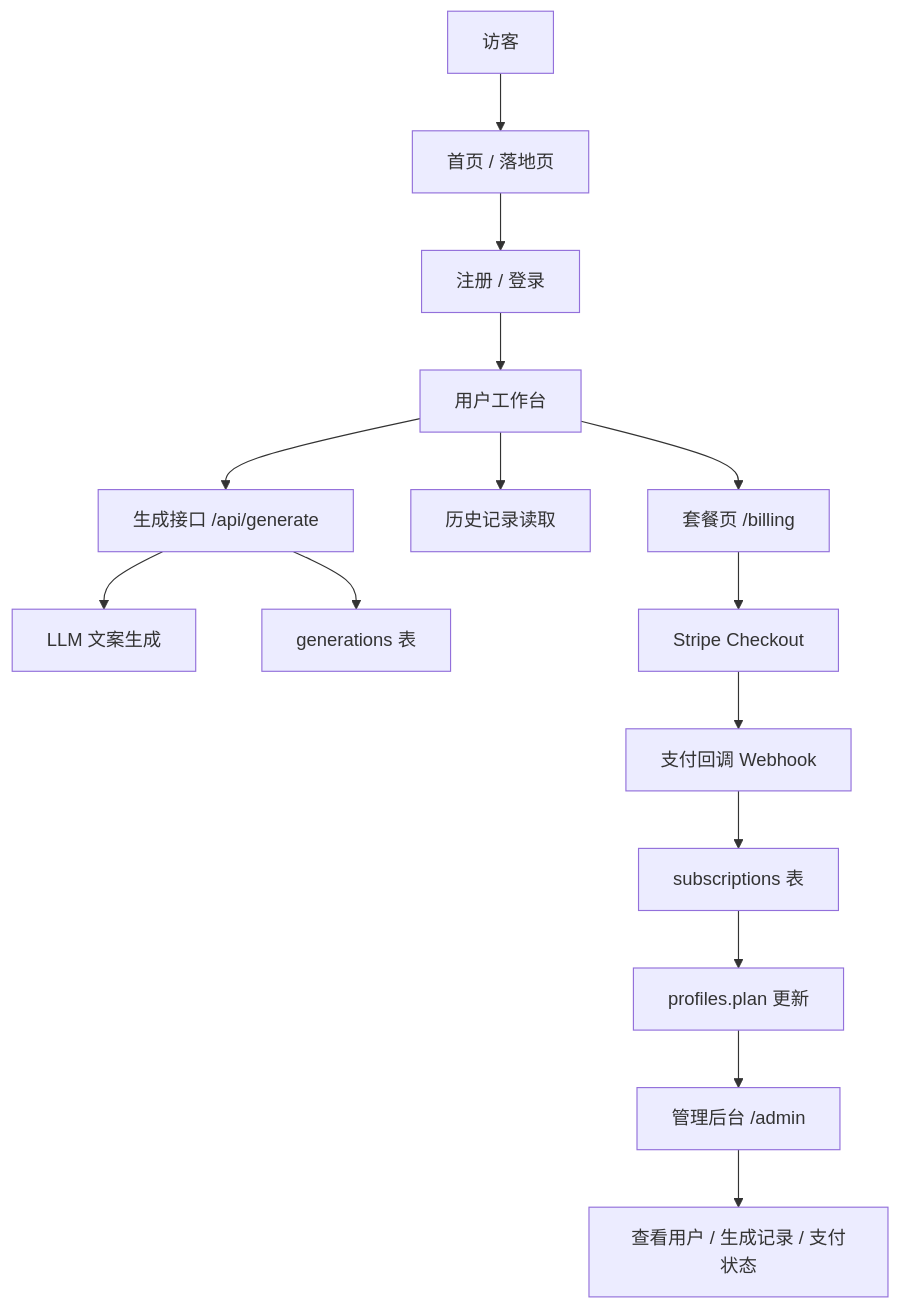
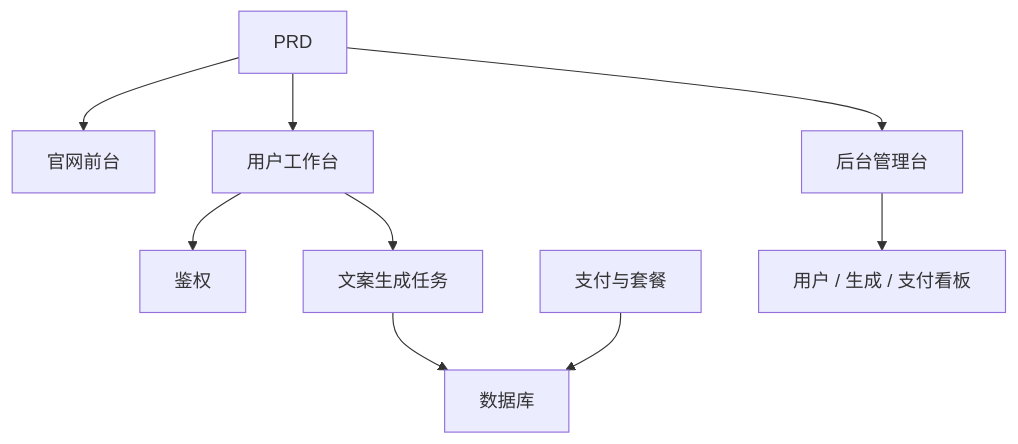
Before and after one commit to sketchymonk/easy-vibe: the diagram in docs/zh-cn/stage-2/assignments/copywriting-platform-supabase/index.md, drawn with Mermaid. The commit also changed other lines of this file and 18 other files, not shown here.

````diff
--- a/docs/zh-cn/stage-2/assignments/copywriting-platform-supabase/index.md
+++ b/docs/zh-cn/stage-2/assignments/copywriting-platform-supabase/index.md
@@ -30,17 +82,11 @@
 ```mermaid
 flowchart TD
-  visitor["访客"] --> home["首页 / 落地页"]
-  home --> auth["注册 / 登录"]
-  auth --> dashboard["用户工作台"]
-  dashboard --> generate["生成接口 /api/generate"]
-  generate --> llm["LLM 文案生成"]
-  generate --> generations["generations 表"]
-  dashboard --> history["历史记录读取"]
-  dashboard --> billing["套餐页 /billing"]
-  billing --> stripe["Stripe Checkout"]
-  stripe --> webhook["支付回调 Webhook"]
-  webhook --> subscriptions["subscriptions 表"]
-  subscriptions --> profile["profiles.plan 更新"]
-  profile --> admin["管理后台 /admin"]
-  admin --> report["查看用户 / 生成记录 / 支付状态"]
+  prd["PRD"] --> web["官网前台"]
+  prd --> app["用户工作台"]
+  prd --> admin["后台管理台"]
+  app --> auth["鉴权"]
+  app --> gen["文案生成任务"]
+  gen --> db["数据库"]
+  billing["支付与套餐"] --> db
+  admin --> analytics["用户 / 生成 / 支付看板"]
 ```
````
